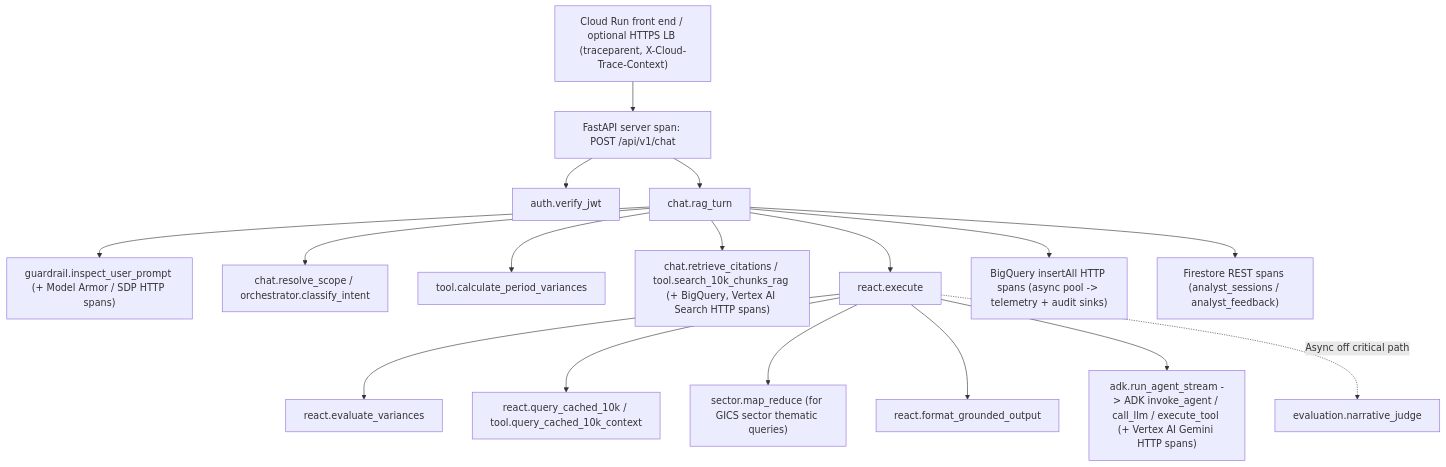
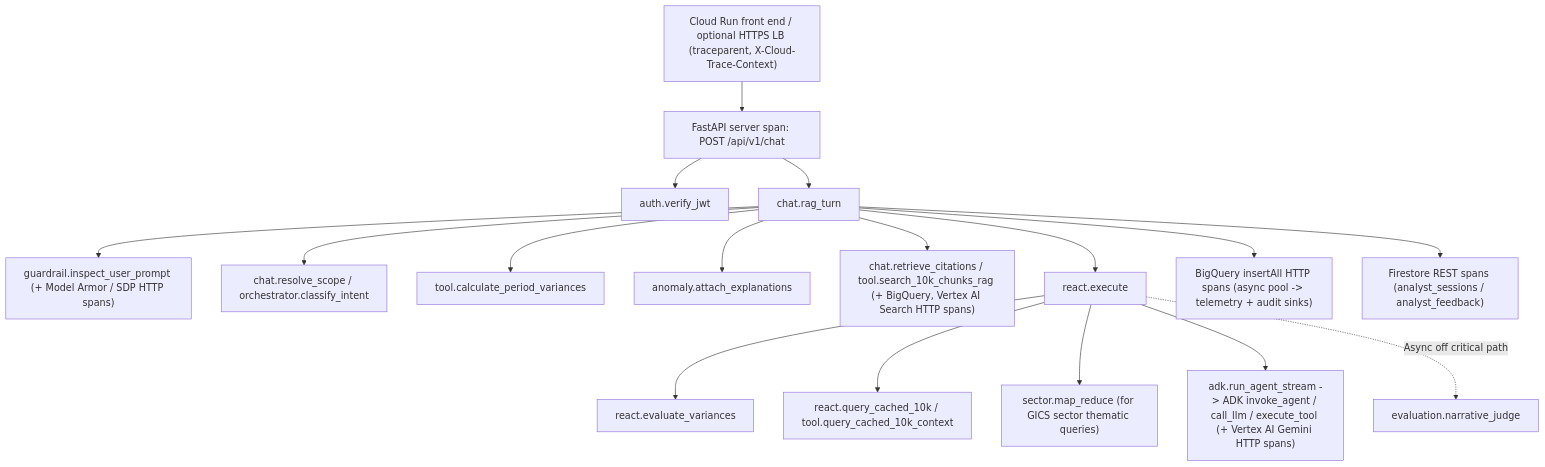
The diagram in docs/observability.md (jackbetcher-work/edgar_capstone), drawn with Mermaid before and after one commit. The commit also changed other lines of this file and 5 other files, not shown here.

````diff
--- a/docs/observability.md
+++ b/docs/observability.md
@@ -15,19 +15,19 @@
 ```mermaid
 flowchart TD
     LB["Cloud Run front end / optional HTTPS LB (traceparent, X-Cloud-Trace-Context)"] --> S["FastAPI server span: POST /api/v1/chat"]
     S --> A["auth.verify_jwt"]
     S --> T["chat.rag_turn"]
     T --> G["guardrail.inspect_user_prompt (+ Model Armor / SDP HTTP spans)"]
     T --> R["chat.resolve_scope / orchestrator.classify_intent"]
     T --> V["tool.calculate_period_variances"]
+    T --> AN["anomaly.attach_explanations"]
     T --> C["chat.retrieve_citations / tool.search_10k_chunks_rag (+ BigQuery, Vertex AI Search HTTP spans)"]
     T --> X["react.execute"]
     X --> E["react.evaluate_variances"]
     X --> Q["react.query_cached_10k / tool.query_cached_10k_context"]
     X --> M["sector.map_reduce (for GICS sector thematic queries)"]
-    X --> F["react.format_grounded_output"]
     X --> L["adk.run_agent_stream -> ADK invoke_agent / call_llm / execute_tool (+ Vertex AI Gemini HTTP spans)"]
     X -.->|Async off critical path| J["evaluation.narrative_judge"]
     T --> B["BigQuery insertAll HTTP spans (async pool -> telemetry + audit sinks)"]
     T --> FS["Firestore REST spans (analyst_sessions / analyst_feedback)"]
 ```
````
